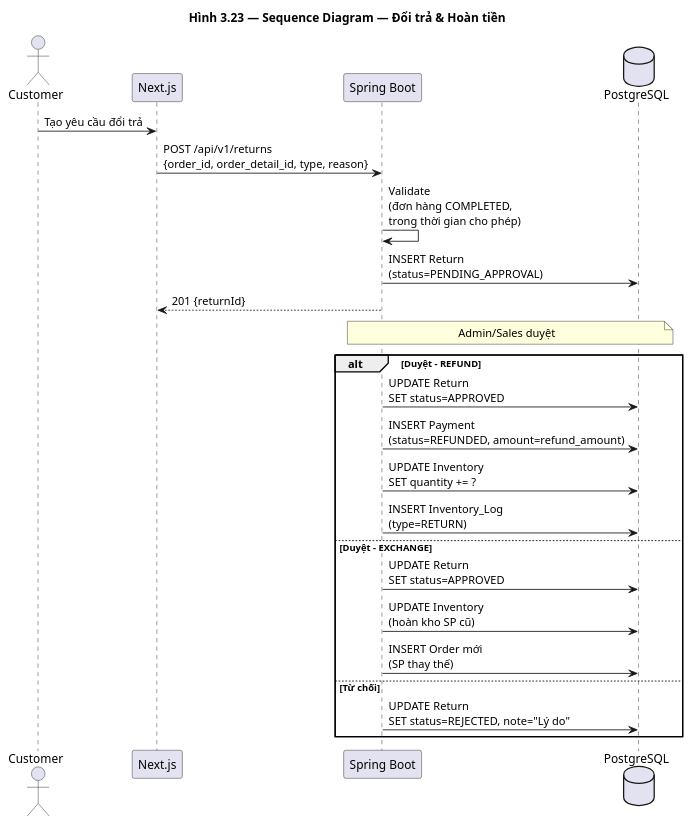
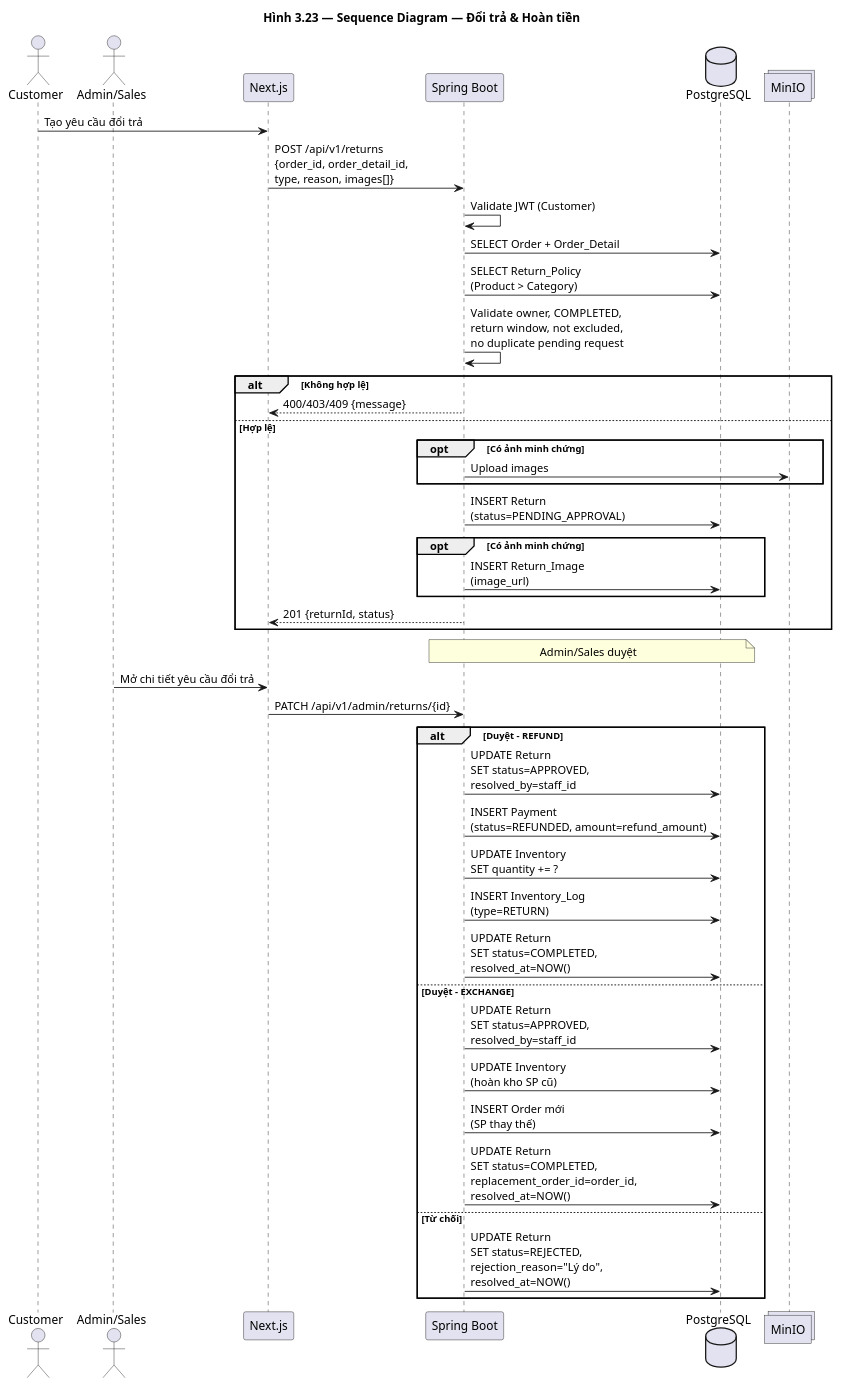
The diagram in docs/diagrams/seq_return_refund.puml (huuhieu56/PC-Parts-ECommerce), drawn with PlantUML before and after one commit. The commit also changed 13 other files, not shown here.

First line of the commit message:
feat: Enhance return request and policy management

```diff
--- a/docs/diagrams/seq_return_refund.puml
+++ b/docs/diagrams/seq_return_refund.puml
@@ -1,30 +1,50 @@
 @startuml seq_return_refund
 title Hình 3.23 — Sequence Diagram — Đổi trả & Hoàn tiền
 
 actor Customer
+actor "Admin/Sales" as Staff
 participant "Next.js" as FE
 participant "Spring Boot" as BE
 database "PostgreSQL" as DB
+collections "MinIO" as MinIO
 
 Customer -> FE : Tạo yêu cầu đổi trả
-FE -> BE : POST /api/v1/returns\n{order_id, order_detail_id, type, reason}
-BE -> BE : Validate\n(đơn hàng COMPLETED,\ntrong thời gian cho phép)
-BE -> DB : INSERT Return\n(status=PENDING_APPROVAL)
-BE --> FE : 201 {returnId}
+FE -> BE : POST /api/v1/returns\n{order_id, order_detail_id,\ntype, reason, images[]}
+BE -> BE : Validate JWT (Customer)
+BE -> DB : SELECT Order + Order_Detail
+BE -> DB : SELECT Return_Policy\n(Product > Category)
+BE -> BE : Validate owner, COMPLETED,\nreturn window, not excluded,\nno duplicate pending request
+
+alt Không hợp lệ
+    BE --> FE : 400/403/409 {message}
+else Hợp lệ
+    opt Có ảnh minh chứng
+        BE -> MinIO : Upload images
+    end
+    BE -> DB : INSERT Return\n(status=PENDING_APPROVAL)
+    opt Có ảnh minh chứng
+        BE -> DB : INSERT Return_Image\n(image_url)
+    end
+    BE --> FE : 201 {returnId, status}
+end
 
 note over BE, DB : Admin/Sales duyệt
+Staff -> FE : Mở chi tiết yêu cầu đổi trả
+FE -> BE : PATCH /api/v1/admin/returns/{id}
 
 alt Duyệt - REFUND
-    BE -> DB : UPDATE Return\nSET status=APPROVED
+    BE -> DB : UPDATE Return\nSET status=APPROVED,\nresolved_by=staff_id
     BE -> DB : INSERT Payment\n(status=REFUNDED, amount=refund_amount)
     BE -> DB : UPDATE Inventory\nSET quantity += ?
     BE -> DB : INSERT Inventory_Log\n(type=RETURN)
+    BE -> DB : UPDATE Return\nSET status=COMPLETED,\nresolved_at=NOW()
 else Duyệt - EXCHANGE
-    BE -> DB : UPDATE Return\nSET status=APPROVED
+    BE -> DB : UPDATE Return\nSET status=APPROVED,\nresolved_by=staff_id
     BE -> DB : UPDATE Inventory\n(hoàn kho SP cũ)
     BE -> DB : INSERT Order mới\n(SP thay thế)
+    BE -> DB : UPDATE Return\nSET status=COMPLETED,\nreplacement_order_id=order_id,\nresolved_at=NOW()
 else Từ chối
-    BE -> DB : UPDATE Return\nSET status=REJECTED, note="Lý do"
+    BE -> DB : UPDATE Return\nSET status=REJECTED,\nrejection_reason="Lý do",\nresolved_at=NOW()
 end
 
 @enduml
```
